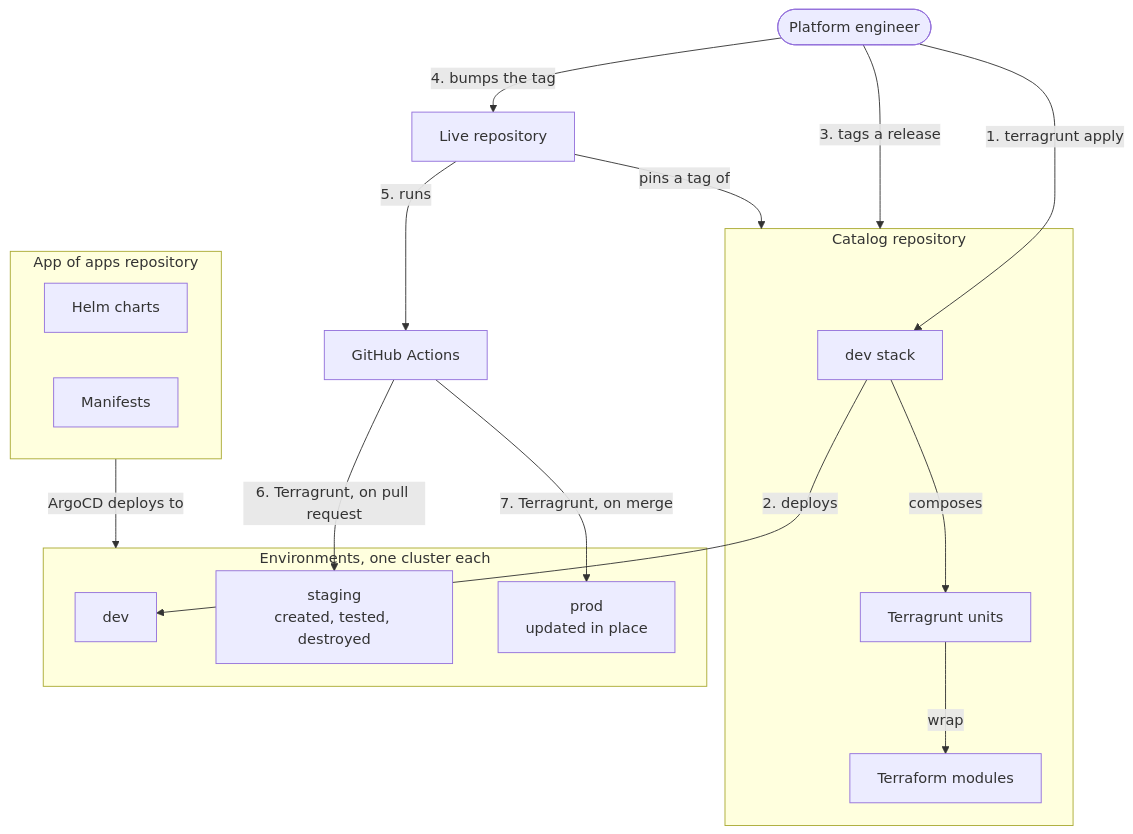
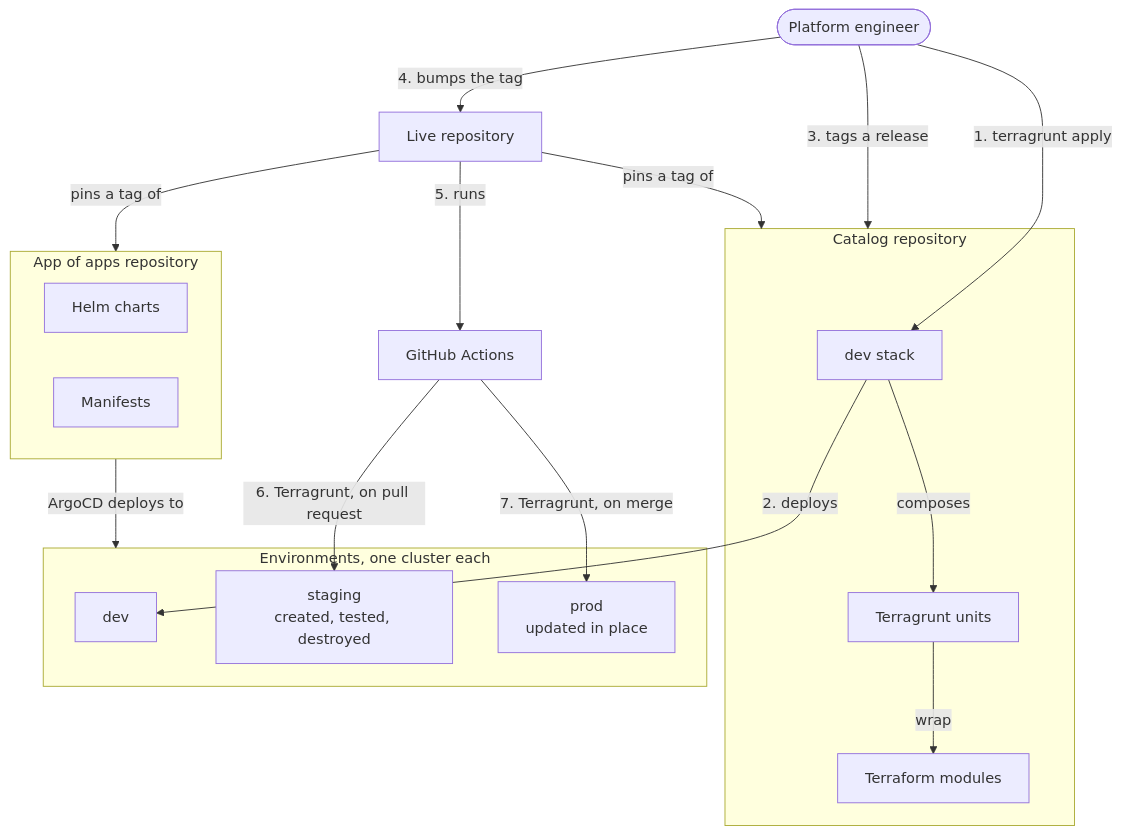
The first of 2 diagrams in README.md (ConsciousML/eks-forge), drawn with Mermaid before and after one commit. The commit also changed other lines of this file and 1 other file, not shown here.

Commit message:
docs: fix the architecture diagrams and component claims

````diff
--- a/README.md
+++ b/README.md
@@ -50,34 +50,35 @@
 ```mermaid
 flowchart TB
     eng(["Platform engineer"])
 
     subgraph catalog["Catalog repository"]
         devstack["dev stack"]
         units["Terragrunt units"]
         modules["Terraform modules"]
     end
     live["Live repository"]
     gha["GitHub Actions"]
     subgraph aoa["App of apps repository"]
         charts["Helm charts"]
         manifests["Manifests"]
     end
 
     subgraph envs["Environments, one cluster each"]
         dev["dev"]
         staging["staging<br/>created, tested, destroyed"]
         prod["prod<br/>updated in place"]
     end
 
     eng -->|"1. terragrunt apply"| devstack
     devstack -->|"composes"| units
     units -->|"wrap"| modules
     devstack -->|"2. deploys"| dev
     eng -->|"3. tags a release"| catalog
     eng -->|"4. bumps the tag"| live
     live -->|"pins a tag of"| catalog
+    live -->|"pins a tag of"| aoa
     live -->|"5. runs"| gha
     gha -->|"6. Terragrunt, on pull request"| staging
     gha -->|"7. Terragrunt, on merge"| prod
     aoa -->|"ArgoCD deploys to"| envs
 ```
````
